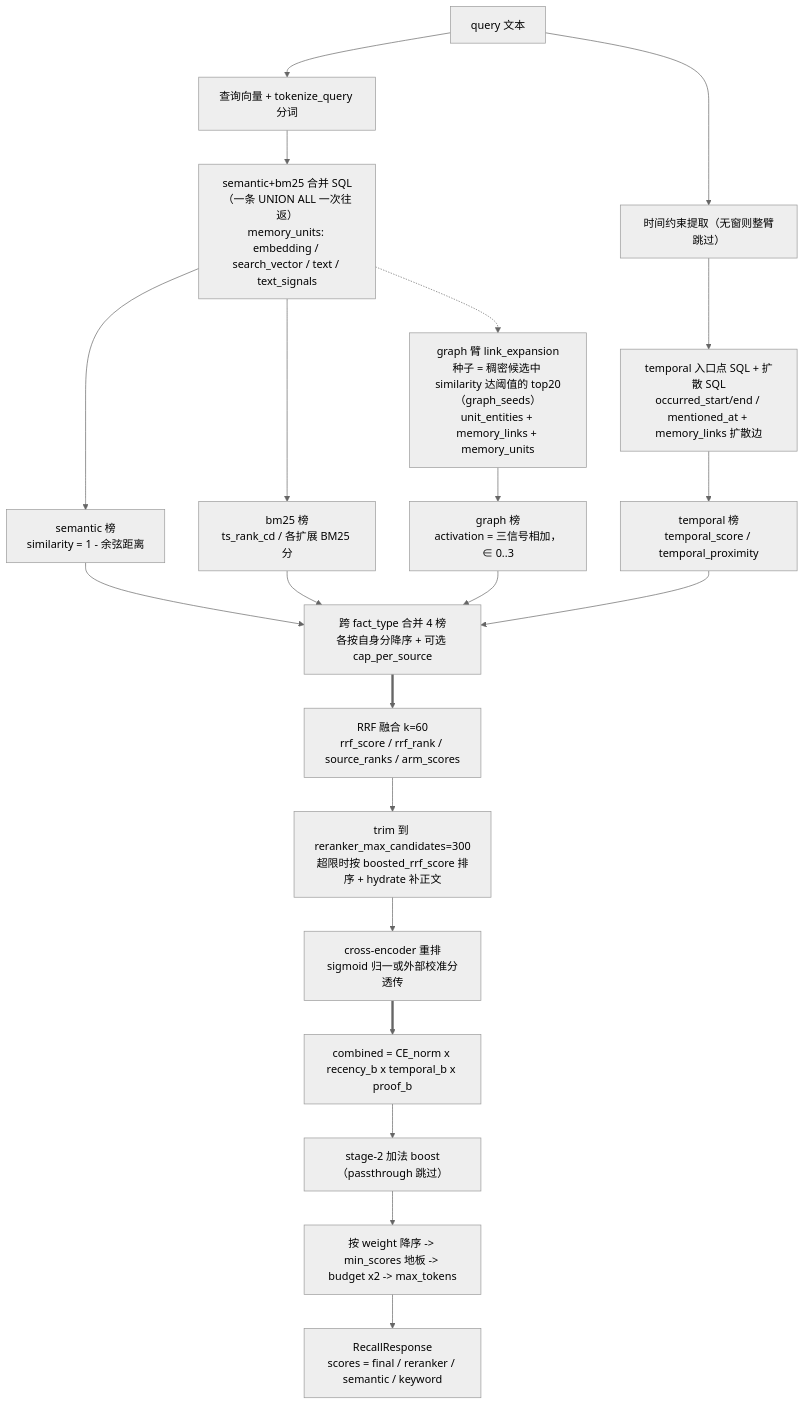
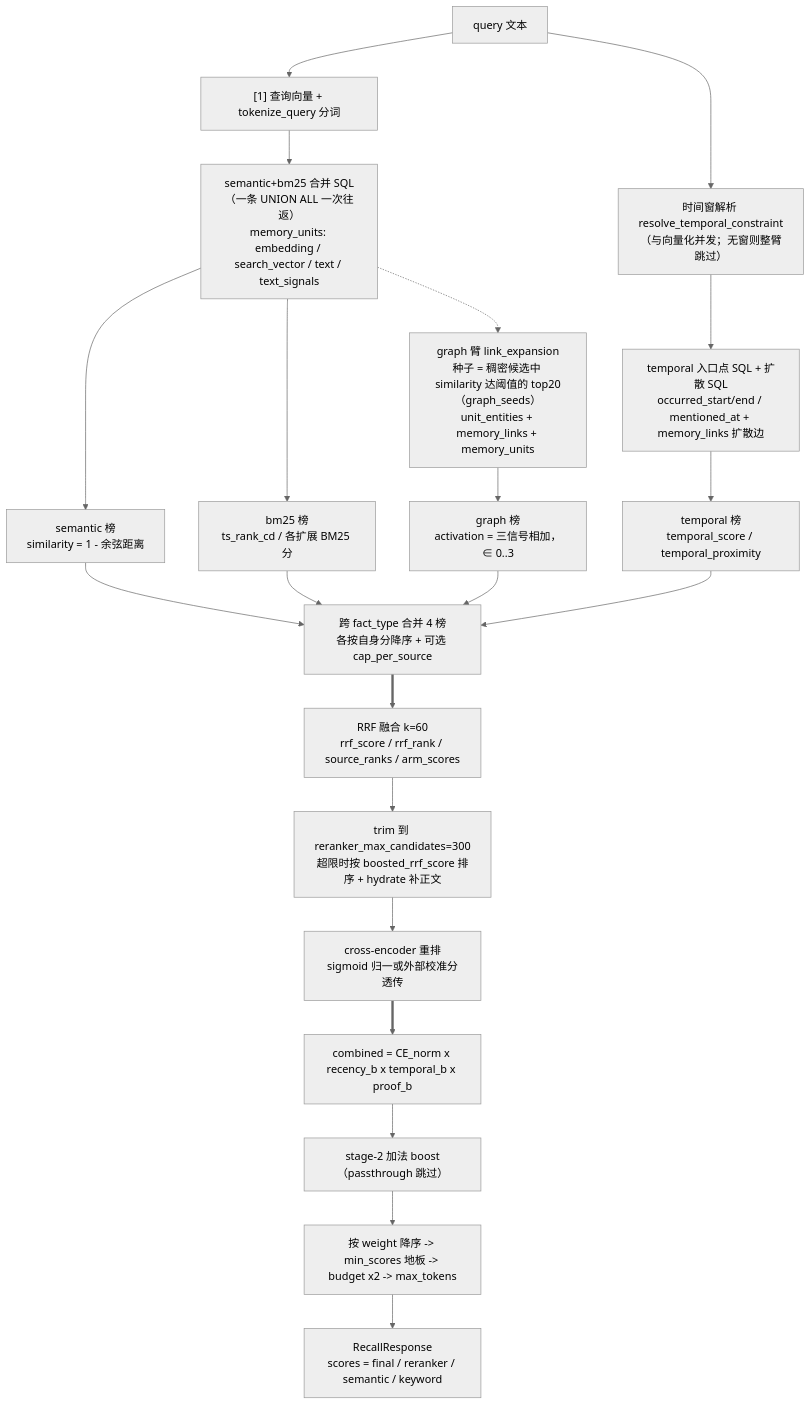
One commit to stefanv5/memory-platform-architecture changed the diagram in docs/hindsight/source-study/03a-recall-四路检索数据源细看.md. Above: the diagram before and after it, drawn with Mermaid (neutral theme). The commit also changed other lines of this file and 10 other files, not shown here.

````diff
--- a/docs/hindsight/source-study/03a-recall-四路检索数据源细看.md
+++ b/docs/hindsight/source-study/03a-recall-四路检索数据源细看.md
@@ -13,23 +13,23 @@
 ```mermaid
 flowchart TB
-    Q["query 文本"] --> VEC["查询向量 + tokenize_query 分词"]
-    Q --> TW["时间约束提取（无窗则整臂跳过）"]
+    Q["query 文本"] --> VEC["[1] 查询向量 + tokenize_query 分词"]
+    Q --> TW["时间窗解析 resolve_temporal_constraint<br/>（与向量化并发；无窗则整臂跳过）"]
     VEC --> SB["semantic+bm25 合并 SQL（一条 UNION ALL 一次往返）<br/>memory_units: embedding / search_vector / text / text_signals"]
     SB --> SEM["semantic 榜<br/>similarity = 1 - 余弦距离"]
     SB --> KW["bm25 榜<br/>ts_rank_cd / 各扩展 BM25 分"]
     TW --> TE["temporal 入口点 SQL + 扩散 SQL<br/>occurred_start/end / mentioned_at + memory_links 扩散边"]
     TE --> TEM["temporal 榜<br/>temporal_score / temporal_proximity"]
     SB -.-> GR["graph 臂 link_expansion<br/>种子 = 稠密候选中 similarity 达阈值的 top20（graph_seeds）<br/>unit_entities + memory_links + memory_units"]
     GR --> GRA["graph 榜<br/>activation = 三信号相加，∈ 0..3"]
     SEM --> SORT["跨 fact_type 合并 4 榜<br/>各按自身分降序 + 可选 cap_per_source"]
     KW --> SORT
     TEM --> SORT
     GRA --> SORT
     SORT ==> RRF["RRF 融合 k=60<br/>rrf_score / rrf_rank / source_ranks / arm_scores"]
     RRF --> TRIM["trim 到 reranker_max_candidates=300<br/>超限时按 boosted_rrf_score 排序 + hydrate 补正文"]
     TRIM --> CE["cross-encoder 重排<br/>sigmoid 归一或外部校准分透传"]
     CE ==> CS["combined = CE_norm x recency_b x temporal_b x proof_b"]
     CS --> ST2["stage-2 加法 boost（passthrough 跳过）"]
     ST2 --> FIN["按 weight 降序 -> min_scores 地板 -> budget x2 -> max_tokens"]
     FIN --> OUT["RecallResponse<br/>scores = final / reranker / semantic / keyword"]
 ```
````
